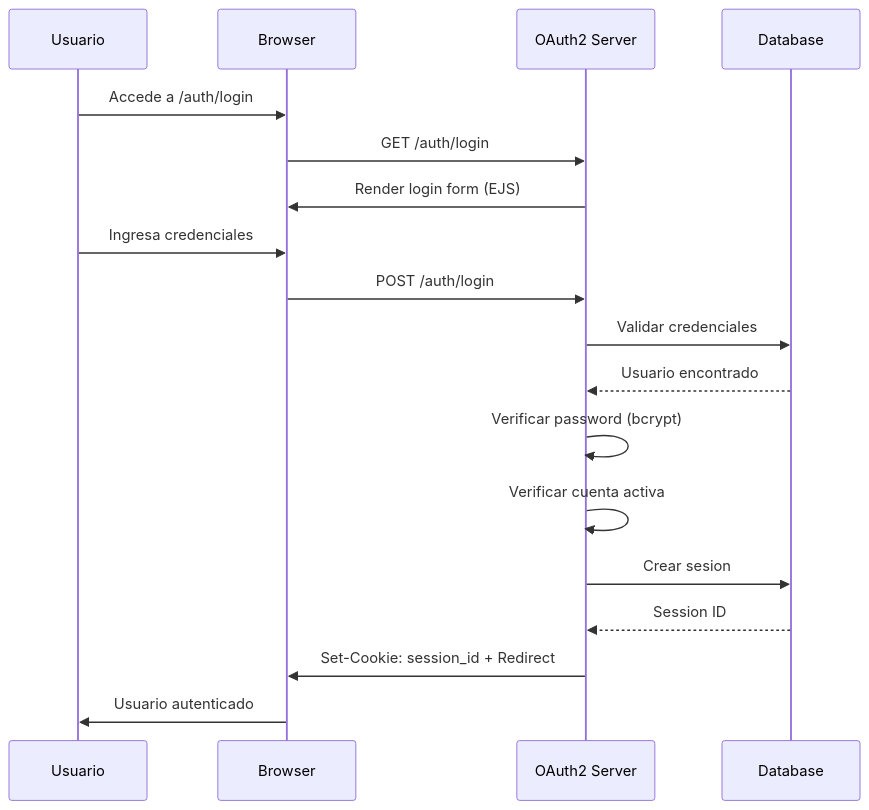
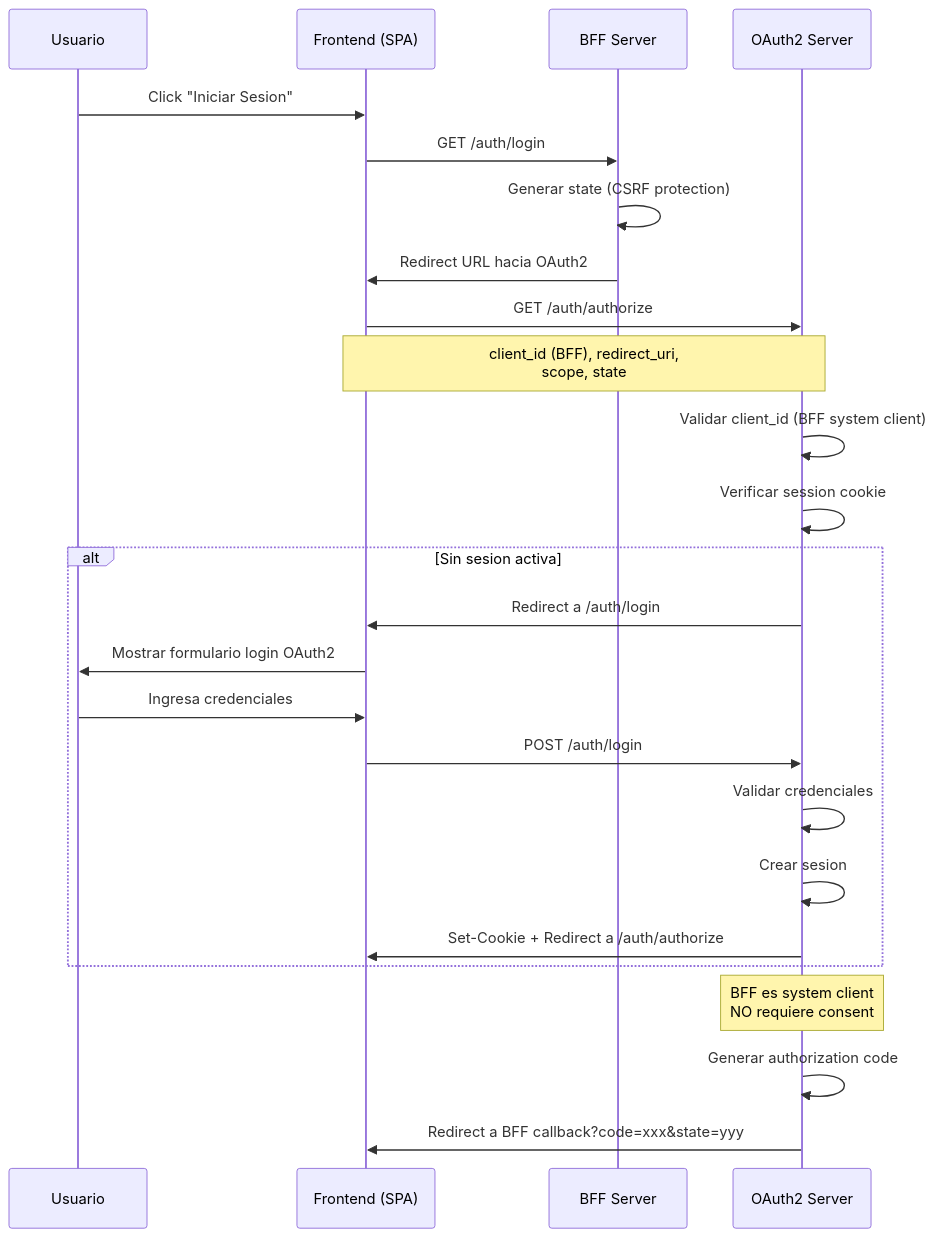
Before and after one commit to JRuvalcabaFSD/ByteBerry-OAuth2: the first of 6 diagrams in README.md, drawn with Mermaid. The commit also changed other lines of this file and 2 other files, not shown here.

Commit message:
feat: update documentation and logic in the consent and authorization flow

````diff
--- a/README.md
+++ b/README.md
@@ -29,21 +51,28 @@
 ```mermaid
 sequenceDiagram
     participant U as Usuario
-    participant B as Browser
-    participant S as OAuth2 Server
-    participant DB as Database
+    participant F as Frontend (SPA)
+    participant B as BFF Server
+    participant O as OAuth2 Server
 
-    U->>B: Accede a /auth/login
-    B->>S: GET /auth/login
-    S->>B: Render login form (EJS)
-    U->>B: Ingresa credenciales
-    B->>S: POST /auth/login
-    S->>DB: Validar credenciales
-    DB-->>S: Usuario encontrado
-    S->>S: Verificar password (bcrypt)
-    S->>S: Verificar cuenta activa
-    S->>DB: Crear sesion
-    DB-->>S: Session ID
-    S->>B: Set-Cookie: session_id + Redirect
-    B->>U: Usuario autenticado
+    U->>F: Click "Iniciar Sesion"
+    F->>B: GET /auth/login
+    B->>B: Generar state (CSRF protection)
+    B->>F: Redirect URL hacia OAuth2
+    F->>O: GET /auth/authorize
+    Note over F,O: client_id (BFF), redirect_uri,<br/>scope, state
+    O->>O: Validar client_id (BFF system client)
+    O->>O: Verificar session cookie
+    alt Sin sesion activa
+        O->>F: Redirect a /auth/login
+        F->>U: Mostrar formulario login OAuth2
+        U->>F: Ingresa credenciales
+        F->>O: POST /auth/login
+        O->>O: Validar credenciales
+        O->>O: Crear sesion
+        O->>F: Set-Cookie + Redirect a /auth/authorize
+    end
+    Note over O: BFF es system client<br/>NO requiere consent
+    O->>O: Generar authorization code
+    O->>F: Redirect a BFF callback?code=xxx&state=yyy
 ```
````
